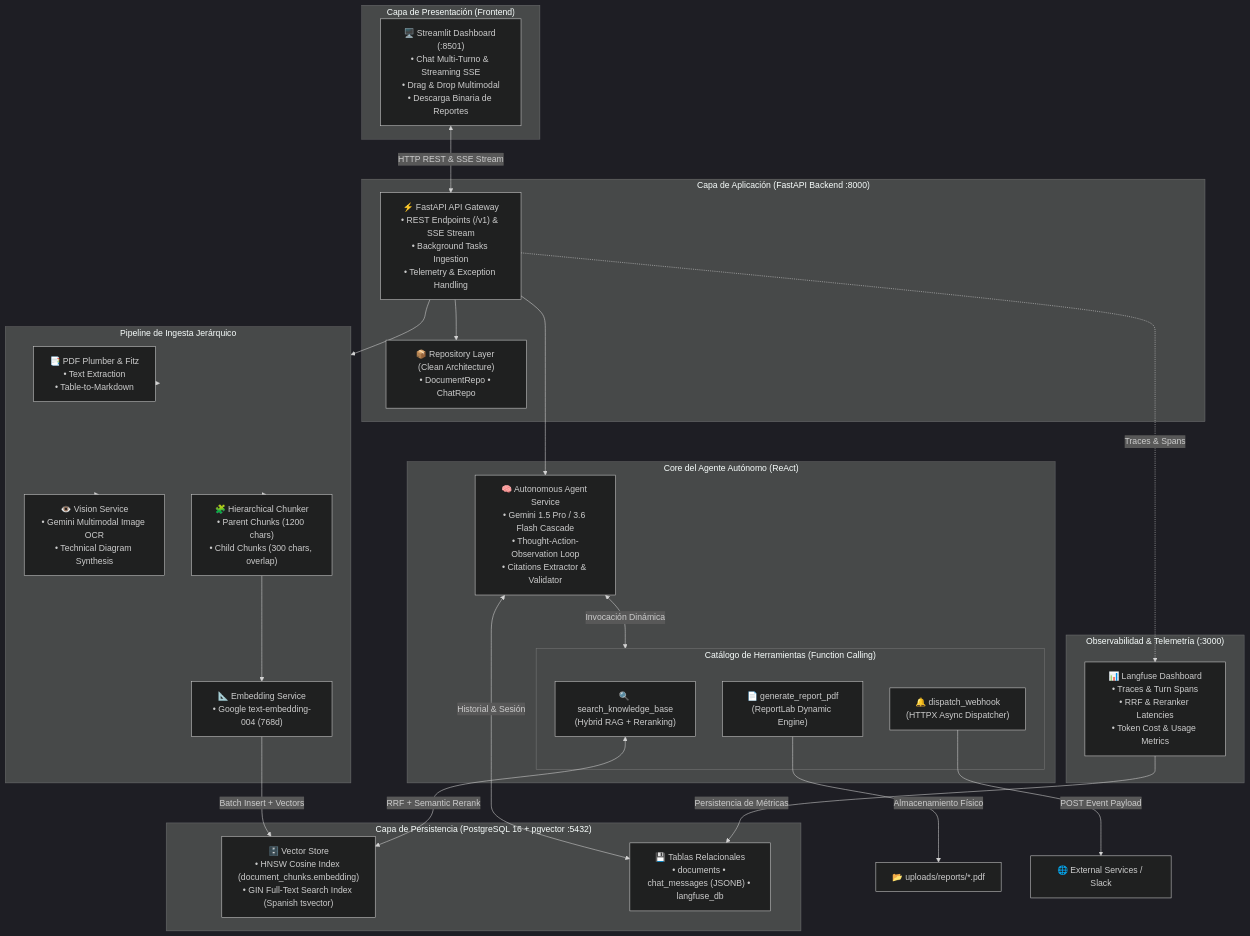
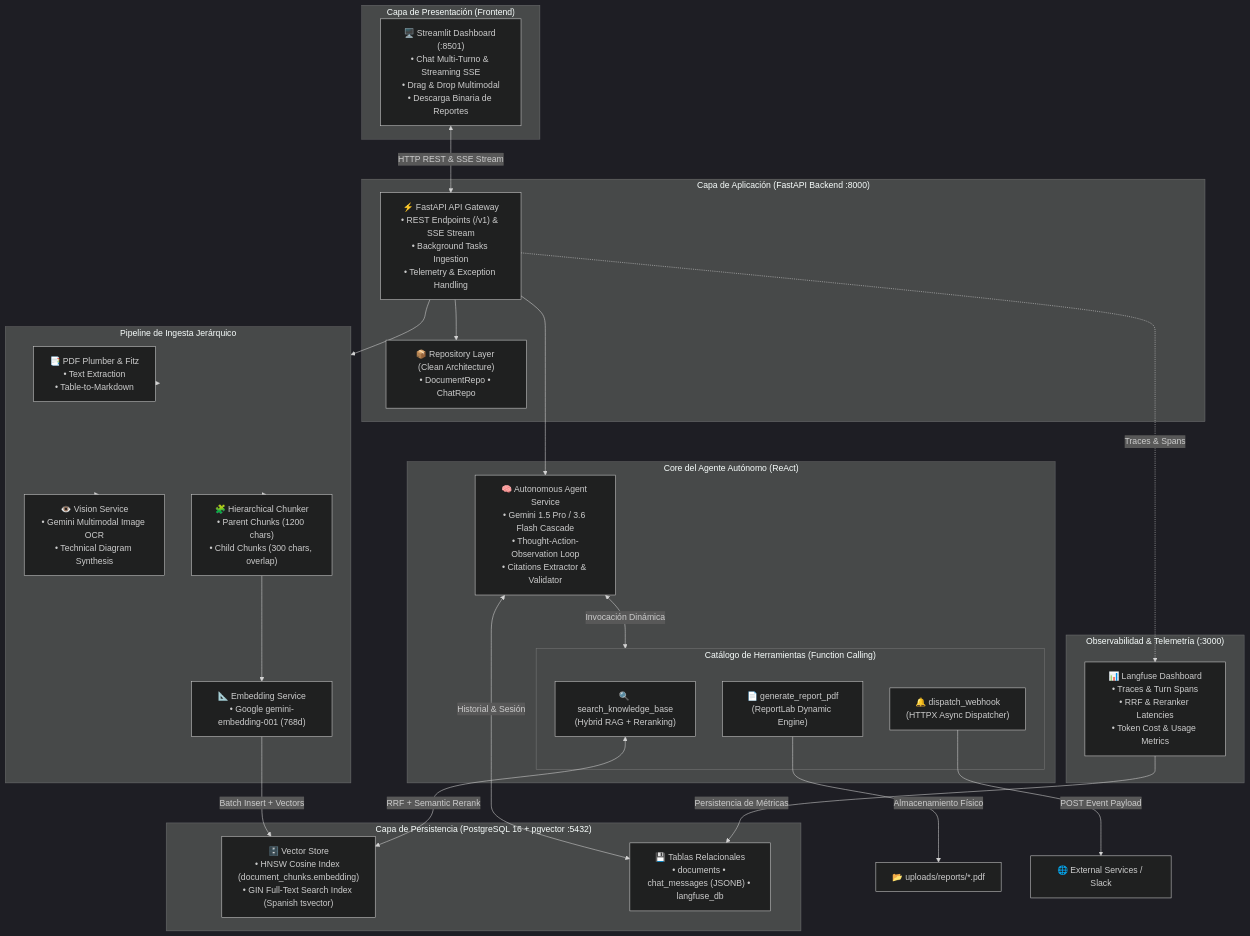
One commit to MattMattia/multimodal-rag-agent changed the diagram in README.md. Above: the diagram before and after it, drawn with Mermaid (dark theme). The commit also changed other lines of this file and 4 other files, not shown here.

First line of the commit message:
fix: switch embeddings to gemini-embedding-001 at 768 dimensions

````diff
--- a/README.md
+++ b/README.md
@@ -30,57 +30,57 @@
 ```mermaid
 flowchart TB
     subgraph UI ["Capa de Presentación (Frontend)"]
         Streamlit["🖥️ Streamlit Dashboard (:8501)\n• Chat Multi-Turno & Streaming SSE\n• Drag & Drop Multimodal\n• Descarga Binaria de Reportes"]
     end
 
     subgraph Gateway ["Capa de Aplicación (FastAPI Backend :8000)"]
         API["⚡ FastAPI API Gateway\n• REST Endpoints (/v1) & SSE Stream\n• Background Tasks Ingestion\n• Telemetry & Exception Handling"]
         Repo["📦 Repository Layer (Clean Architecture)\n• DocumentRepo • ChatRepo"]
     end
 
     subgraph Observability ["Observabilidad & Telemetría (:3000)"]
         Langfuse["📊 Langfuse Dashboard\n• Traces & Turn Spans\n• RRF & Reranker Latencies\n• Token Cost & Usage Metrics"]
     end
 
     subgraph AgentEngine ["Core del Agente Autónomo (ReAct)"]
         Agent["🧠 Autonomous Agent Service\n• Gemini 1.5 Pro / 3.6 Flash Cascade\n• Thought-Action-Observation Loop\n• Citations Extractor & Validator"]
         
         subgraph ToolsCatalog ["Catálogo de Herramientas (Function Calling)"]
             T1["🔍 search_knowledge_base\n(Hybrid RAG + Reranking)"]
             T2["📄 generate_report_pdf\n(ReportLab Dynamic Engine)"]
             T3["🔔 dispatch_webhook\n(HTTPX Async Dispatcher)"]
         end
     end
 
     subgraph MultimodalPipeline ["Pipeline de Ingesta Jerárquico"]
         PDFParser["📑 PDF Plumber & Fitz\n• Text Extraction\n• Table-to-Markdown"]
         Vision["👁️ Vision Service\n• Gemini Multimodal Image OCR\n• Technical Diagram Synthesis"]
         Chunker["🧩 Hierarchical Chunker\n• Parent Chunks (1200 chars)\n• Child Chunks (300 chars, overlap)"]
-        Embedder["📐 Embedding Service\n• Google text-embedding-004 (768d)"]
+        Embedder["📐 Embedding Service\n• Google gemini-embedding-001 (768d)"]
     end
 
     subgraph DataStore ["Capa de Persistencia (PostgreSQL 16 + pgvector :5432)"]
         PGVector["🗄️ Vector Store\n• HNSW Cosine Index (document_chunks.embedding)\n• GIN Full-Text Search Index (Spanish tsvector)"]
         Relational["💾 Tablas Relacionales\n• documents • chat_messages (JSONB) • langfuse_db"]
     end
 
     Streamlit <-->|HTTP REST & SSE Stream| API
     API --> Repo
     API --> Agent
     API --> MultimodalPipeline
     API -.->|Traces & Spans| Langfuse
     
     MultimodalPipeline --> PDFParser
     MultimodalPipeline --> Vision
     MultimodalPipeline --> Chunker
     Chunker --> Embedder
     Embedder -->|Batch Insert + Vectors| PGVector
 
     Agent <-->|Invocación Dinámica| ToolsCatalog
     T1 <-->|RRF + Semantic Rerank| PGVector
     T2 -->|Almacenamiento Físico| DiskReports["📂 uploads/reports/*.pdf"]
     T3 -->|POST Event Payload| WebhookTarget["🌐 External Services / Slack"]
 
     Agent <-->|Historial & Sesión| Relational
     Langfuse -->|Persistencia de Métricas| Relational
 ```
````
